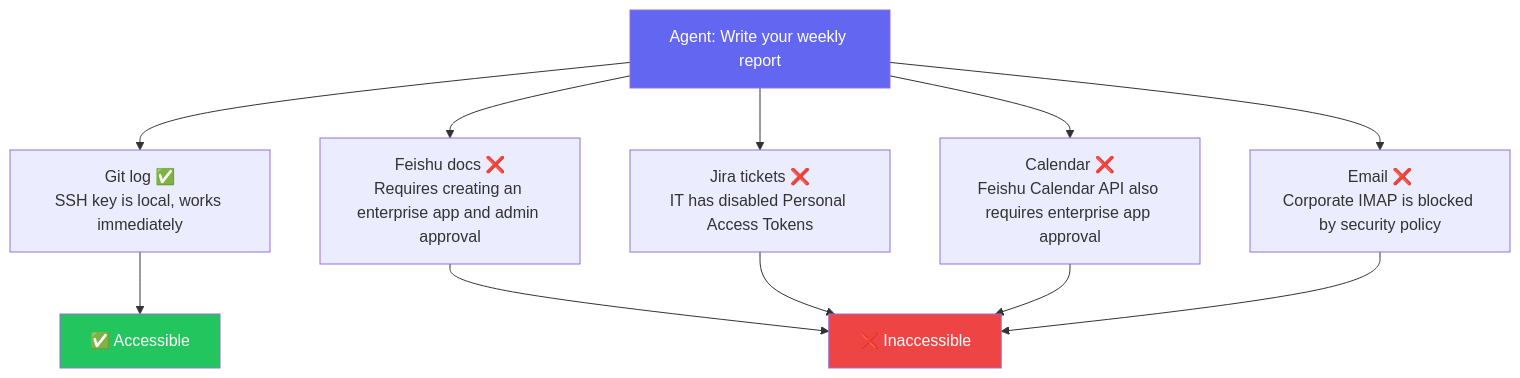
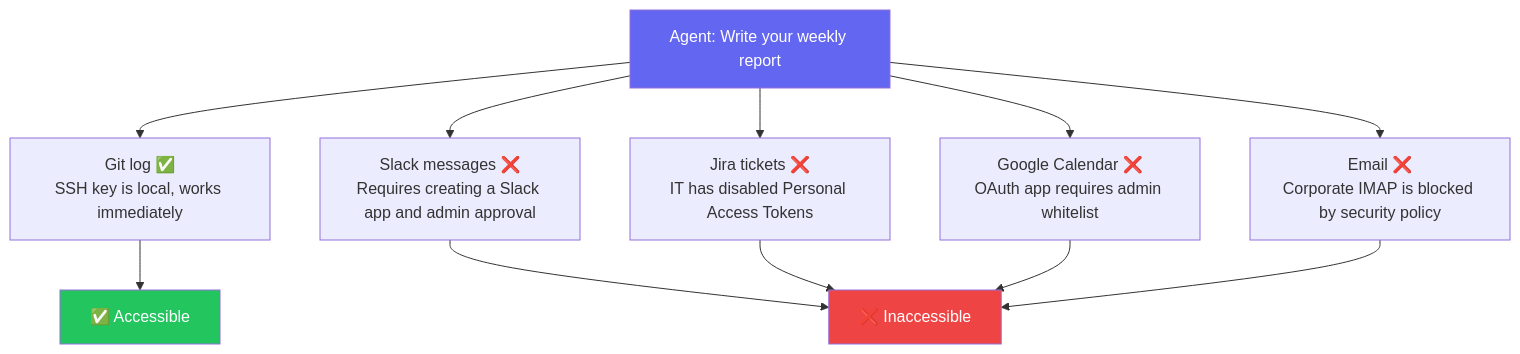
Before and after one commit to Trashwbin/quill: the first of 5 diagrams in content/en/posts/agent-bottleneck-data-sovereignty.md, drawn with Mermaid. The commit also changed other lines of this file and 2 other files, not shown here.

Commit message:
i18n: replace Chinese product refs with international equivalents (WeChat→WhatsApp, Feishu→Slack, 美团→DoorDash, etc.) - keep Alibaba ecosystem intact

````diff
--- a/content/en/posts/agent-bottleneck-data-sovereignty.md
+++ b/content/en/posts/agent-bottleneck-data-sovereignty.md
@@ -21,20 +21,20 @@
 ```mermaid
 graph TB
     Agent["Agent: Write your weekly report"]
     
     Agent --> Git["Git log ✅<br/>SSH key is local, works immediately"]
-    Agent --> Feishu["Feishu docs ❌<br/>Requires creating an enterprise app and admin approval"]
+    Agent --> Slack["Slack messages ❌<br/>Requires creating a Slack app and admin approval"]
     Agent --> Jira_t["Jira tickets ❌<br/>IT has disabled Personal Access Tokens"]
-    Agent --> Cal["Calendar ❌<br/>Feishu Calendar API also requires enterprise app approval"]
+    Agent --> Cal["Google Calendar ❌<br/>OAuth app requires admin whitelist"]
     Agent --> Email["Email ❌<br/>Corporate IMAP is blocked by security policy"]
     
     Git --> OK["✅ Accessible"]
-    Feishu --> Blocked["❌ Inaccessible"]
+    Slack --> Blocked["❌ Inaccessible"]
     Jira_t --> Blocked
     Cal --> Blocked
     Email --> Blocked
     
     style Agent fill:#6366f1,color:#fff
     style OK fill:#22c55e,color:#fff
     style Blocked fill:#ef4444,color:#fff
 ```
````
